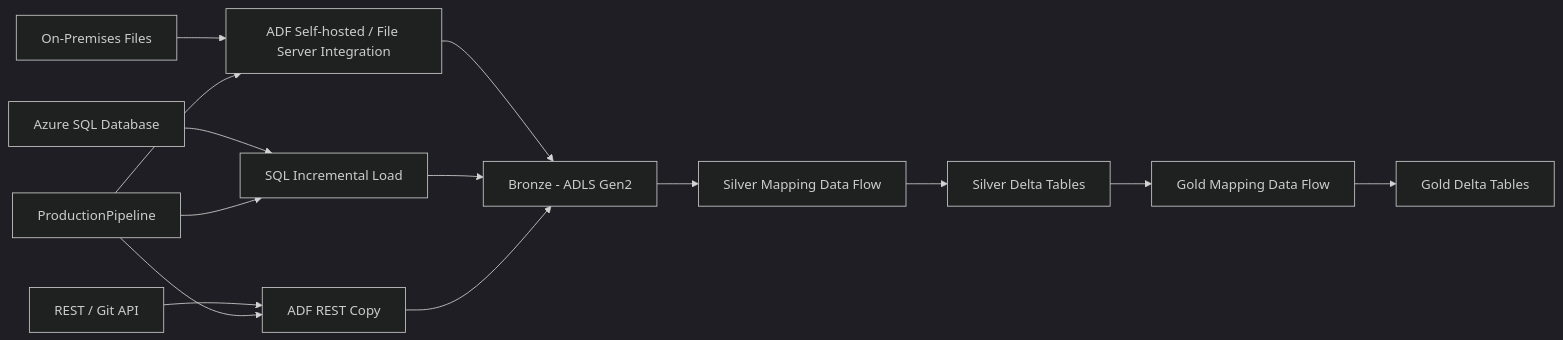
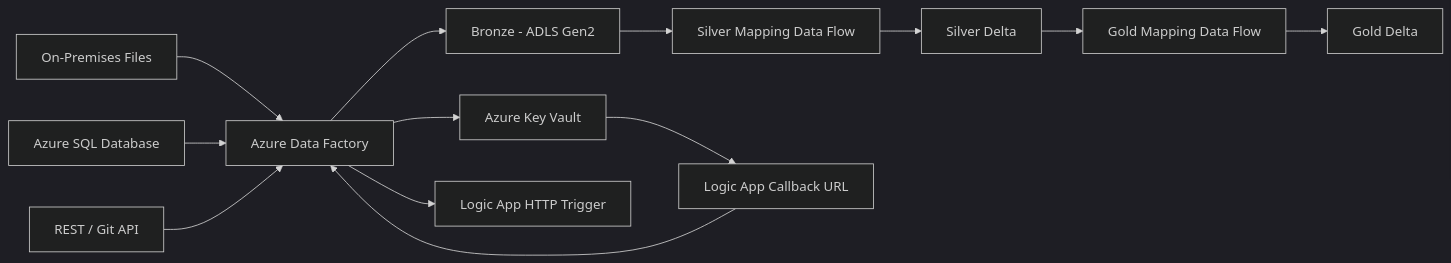
One commit to CodeWithDipak/ADF_project changed the diagram in README.md. Above: the diagram before and after it, drawn with Mermaid (dark theme). The commit also changed other lines of this file, not shown here.

Commit message:
docs: update README for Key Vault secured Logic App flow

````diff
--- a/README.md
+++ b/README.md
@@ -9,20 +11,17 @@
 ```mermaid
 flowchart LR
-    A[On-Premises Files] --> B[ADF Self-hosted / File Server Integration]
-    C[Azure SQL Database] --> D[SQL Incremental Load]
-    E[REST / Git API] --> F[ADF REST Copy]
+    A[On-Premises Files] --> B[Azure Data Factory]
+    C[Azure SQL Database] --> B
+    D[REST / Git API] --> B
 
-    B --> G[Bronze - ADLS Gen2]
-    D --> G
-    F --> G
+    B --> E[Bronze - ADLS Gen2]
+    E --> F[Silver Mapping Data Flow]
+    F --> G[Silver Delta]
+    G --> H[Gold Mapping Data Flow]
+    H --> I[Gold Delta]
 
-    G --> H[Silver Mapping Data Flow]
-    H --> I[Silver Delta Tables]
-
-    I --> J[Gold Mapping Data Flow]
-    J --> K[Gold Delta Tables]
-
-    L[ProductionPipeline] --> B
-    L --> F
-    L --> D
+    B --> J[Azure Key Vault]
+    J --> K[Logic App Callback URL]
+    K --> B
+    B --> L[Logic App HTTP Trigger]
 ```
````
